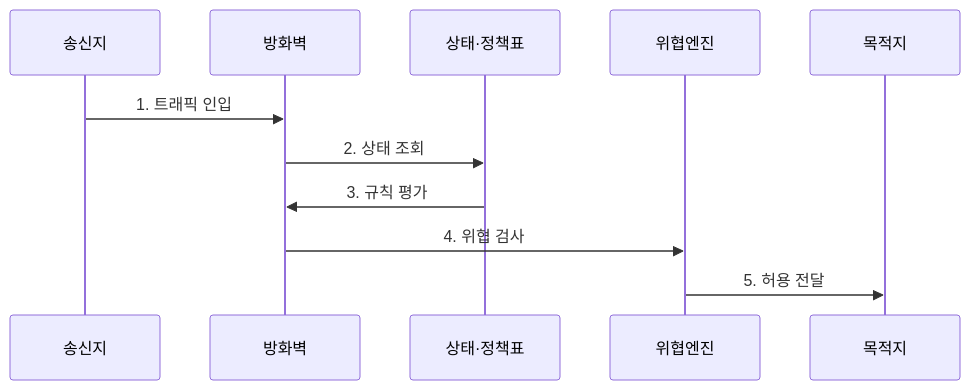
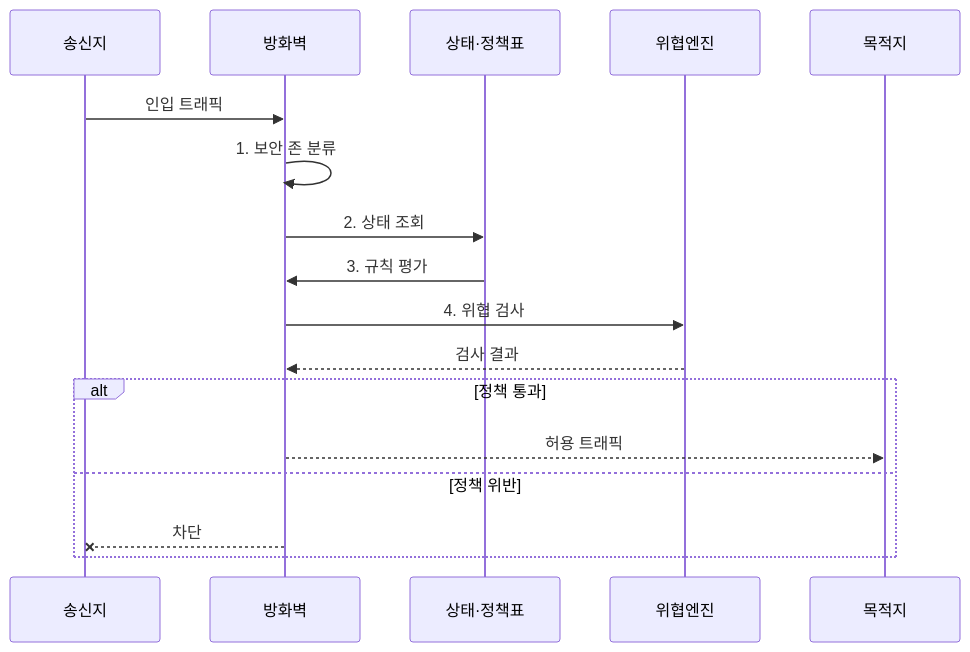
The second of 2 diagrams in src/content/docs/notes/04-network/020_firewall_types.md (agnusdei1207/knowledge-base), drawn with Mermaid before and after one commit. The commit also changed other lines of this file and 20 other files, not shown here.

````diff
--- a/src/content/docs/notes/04-network/020_firewall_types.md
+++ b/src/content/docs/notes/04-network/020_firewall_types.md
@@ -87,13 +89,19 @@
 ```mermaid
 sequenceDiagram
     participant 송신지
     participant 방화벽
     participant 상태·정책표
     participant 위협엔진
     participant 목적지
-    송신지->>방화벽: 1. 트래픽 인입
+    송신지->>방화벽: 인입 트래픽
+    방화벽->>방화벽: 1. 보안 존 분류
     방화벽->>상태·정책표: 2. 상태 조회
     상태·정책표->>방화벽: 3. 규칙 평가
     방화벽->>위협엔진: 4. 위협 검사
-    위협엔진->>목적지: 5. 허용 전달
+    위협엔진-->>방화벽: 검사 결과
+    alt 정책 통과
+        방화벽-->>목적지: 허용 트래픽
+    else 정책 위반
+        방화벽--x송신지: 차단
+    end
 ```
````
